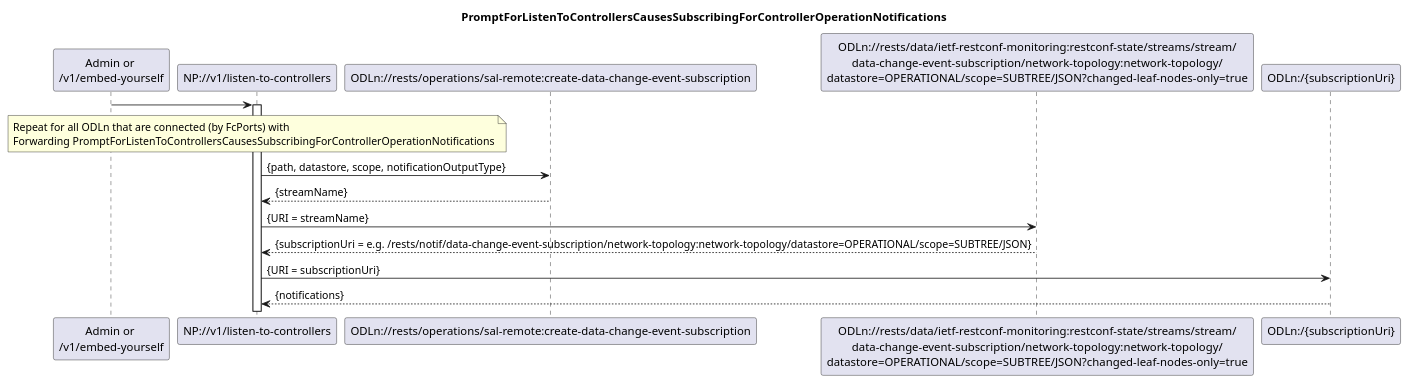
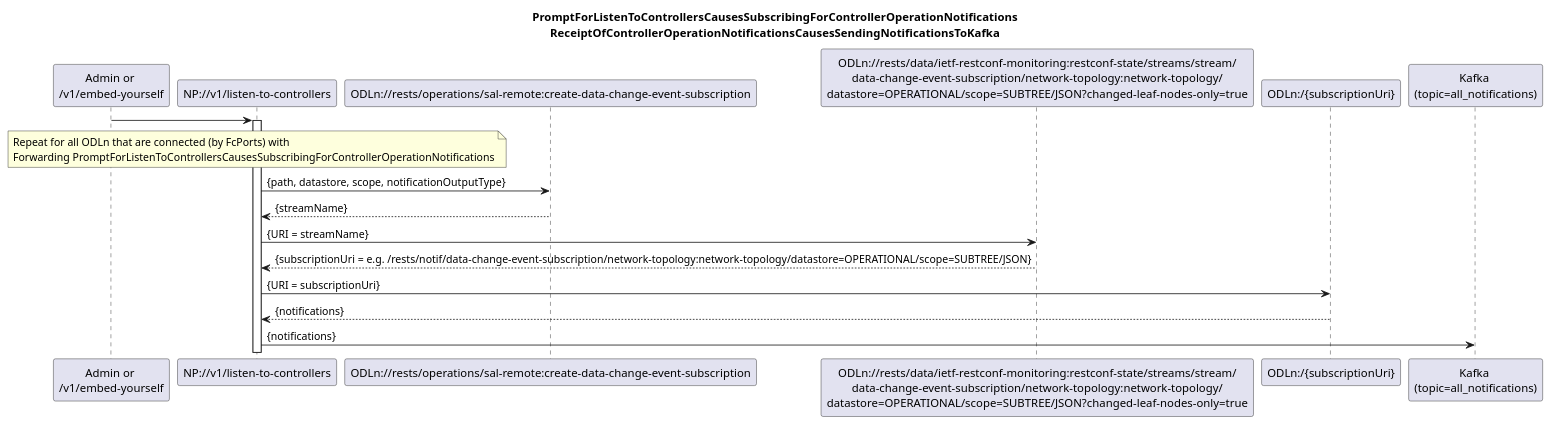
Before and after one commit to openBackhaul/NotificationProxy: the diagram in spec/diagrams/is003_SubscribingForControllerOperationNotifications.plantuml, drawn with PlantUML. The commit also changed 5 other files, not shown here.

Commit message:
[Kafka] Update diagrams for Kafka usage Fixes #95

```diff
--- a/spec/diagrams/is003_SubscribingForControllerOperationNotifications.plantuml
+++ b/spec/diagrams/is003_SubscribingForControllerOperationNotifications.plantuml
@@ -1,29 +1,35 @@
 @startuml is003_SubscribingForControllerOperationNotifications
 skinparam responseMessageBelowArrow true
 
-title PromptForListenToControllersCausesSubscribingForControllerOperationNotifications
+title
+  PromptForListenToControllersCausesSubscribingForControllerOperationNotifications
+  ReceiptOfControllerOperationNotificationsCausesSendingNotificationsToKafka
+end title
 
 participant "Admin or \n/v1/embed-yourself" as Requestor
 participant "NP://v1/listen-to-controllers" as NP_listen
 participant "ODLn://rests/operations/sal-remote:create-data-change-event-subscription" as ODL_step1
 participant "ODLn://rests/data/ietf-restconf-monitoring:restconf-state/streams/stream/\ndata-change-event-subscription/network-topology:network-topology/\ndatastore=OPERATIONAL/scope=SUBTREE/JSON?changed-leaf-nodes-only=true" as ODL_step2
 participant "ODLn:/{subscriptionUri}" as ODL_step3
+participant "Kafka \n(topic=all_notifications)" as Kafka
 
 Requestor -> NP_listen
 activate NP_listen
 
 note over NP_listen
 Repeat for all ODLn that are connected (by FcPorts) with
 Forwarding PromptForListenToControllersCausesSubscribingForControllerOperationNotifications
 end note
 
 NP_listen -> ODL_step1: {path, datastore, scope, notificationOutputType}
 ODL_step1 --> NP_listen: {streamName}
 
 NP_listen -> ODL_step2: {URI = streamName}
 ODL_step2 --> NP_listen: {subscriptionUri = e.g. /rests/notif/data-change-event-subscription/network-topology:network-topology/datastore=OPERATIONAL/scope=SUBTREE/JSON}
 
 NP_listen -> ODL_step3: {URI = subscriptionUri}
 ODL_step3 --> NP_listen: {notifications}
 
+NP_listen -> Kafka: {notifications}
+
 @enduml
```
